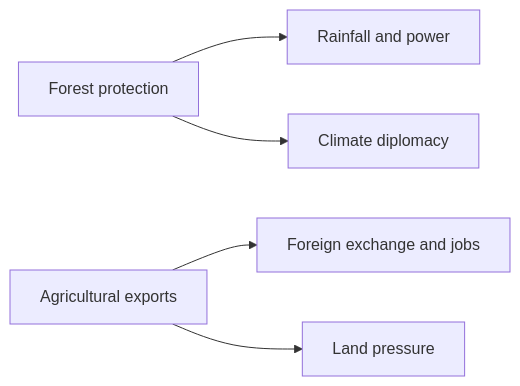
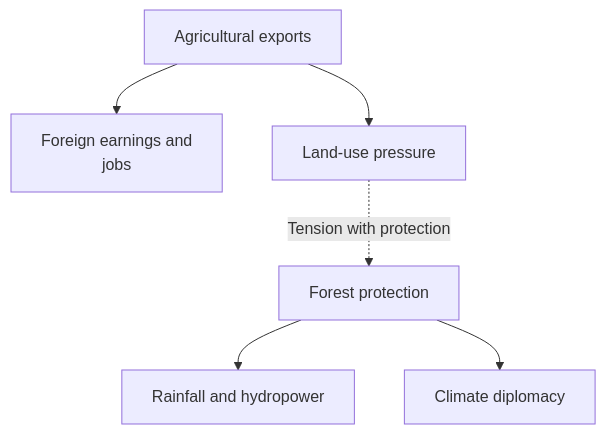
Before and after one commit to daylight55/research: the third of 4 diagrams in articles/report/brazil-geopolitical-profile/en/index.mdx, drawn with Mermaid. The commit also changed other lines of this file and 181 other files, not shown here.

First line of the commit message:
全記事の図解368点を再生成し、共通注意書きを削除 (#402)

````diff
--- a/articles/report/brazil-geopolitical-profile/en/index.mdx
+++ b/articles/report/brazil-geopolitical-profile/en/index.mdx
@@ -103,7 +112,16 @@
 ```mermaid
-flowchart LR
-  A["Forest protection"] --> B["Rainfall and power"]
-  A --> C["Climate diplomacy"]
-  D["Agricultural exports"] --> E["Foreign exchange and jobs"]
-  D --> F["Land pressure"]
+flowchart TD
+  accTitle: Land use links forest protection and agricultural exports
+  accDescr: Forests affect rainfall, power and climate diplomacy; agricultural exports connect foreign earnings, jobs and land use.
+  N0["Forest protection"]
+  N1["Rainfall and hydropower"]
+  N2["Climate diplomacy"]
+  N3["Agricultural exports"]
+  N4["Foreign earnings and<br/>jobs"]
+  N5["Land-use pressure"]
+  N0 --> N1
+  N0 --> N2
+  N3 --> N4
+  N3 --> N5
+  N5 -.->|Tension with protection| N0
 ```
````
